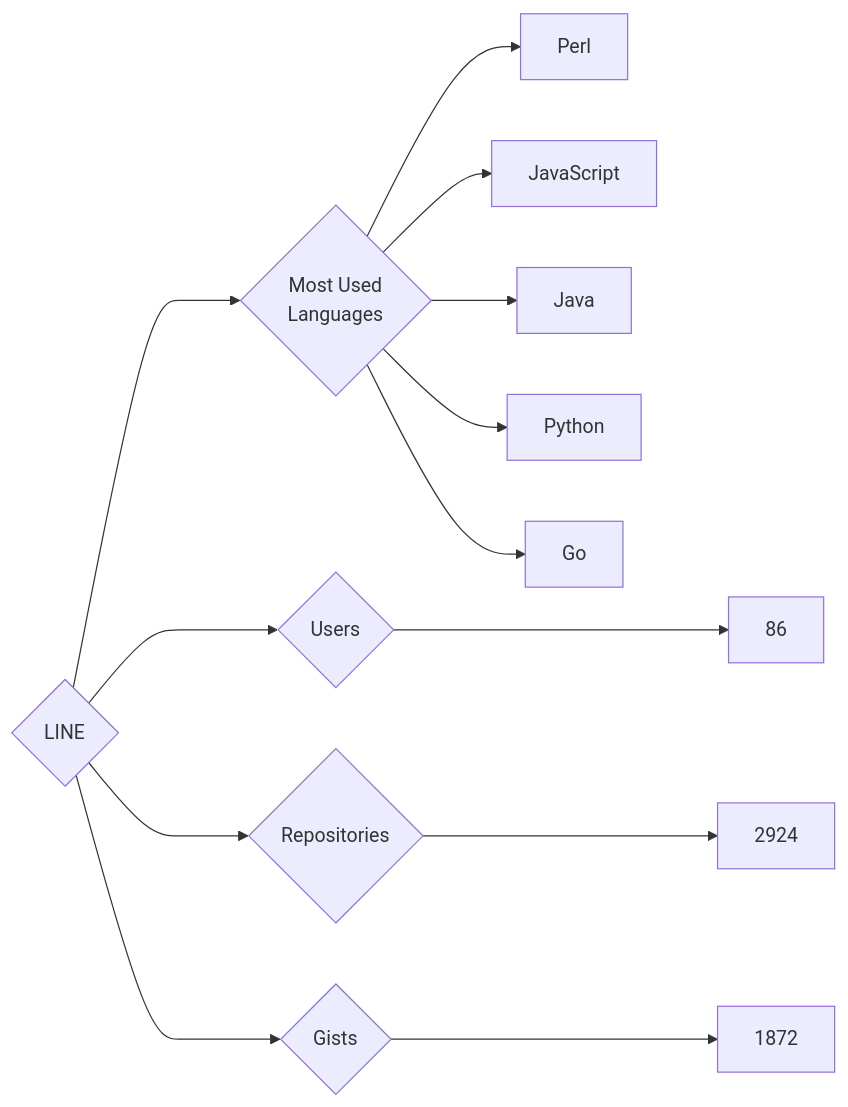
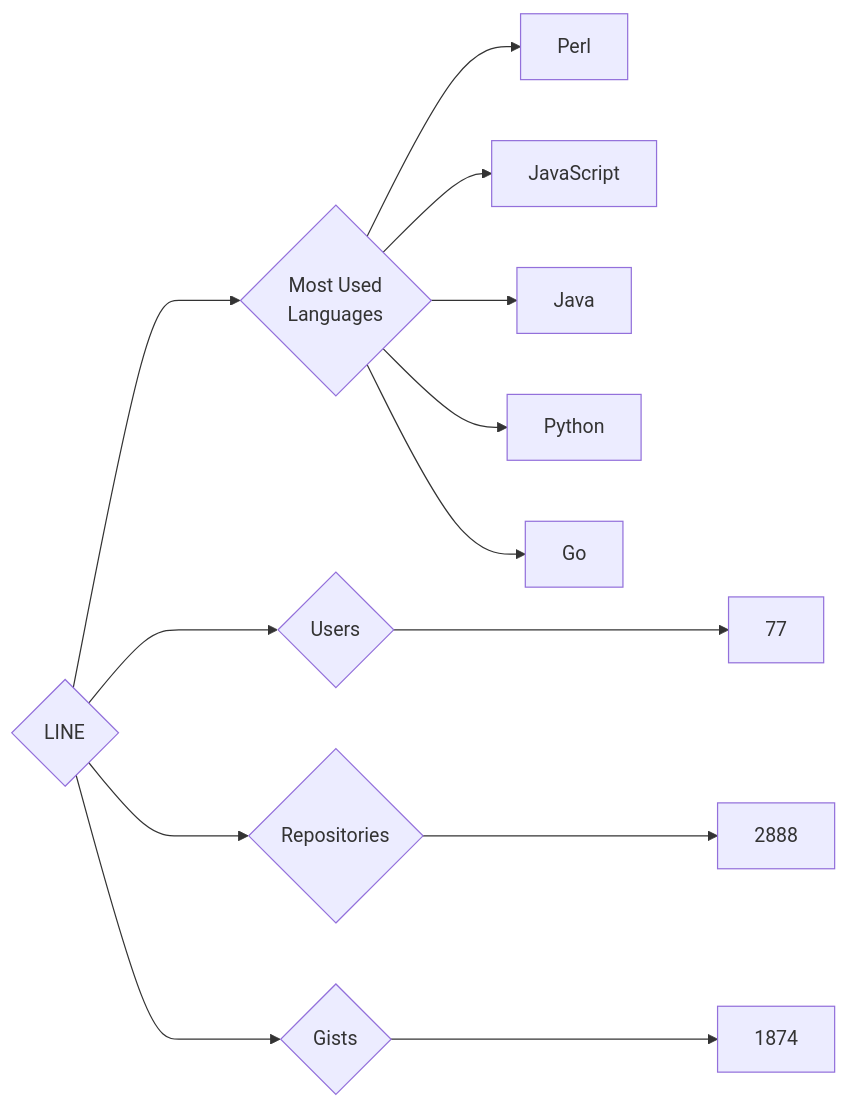
The diagram in targets/LINE/README.md (trickest/insiders), drawn with Mermaid before and after one commit. The commit also changed 895 other files, not shown here.

````diff
--- a/targets/LINE/README.md
+++ b/targets/LINE/README.md
@@ -3,13 +3,13 @@
 ```mermaid
 graph LR
 COMPANY_NAME{LINE}
-COMPANY_NAME ---> U{Users} ---> UN[86]
-COMPANY_NAME ---> R{Repositories} ---> RN[2924]
-COMPANY_NAME ---> G{Gists} ---> GN[1872]
+COMPANY_NAME ---> U{Users} ---> UN[77]
+COMPANY_NAME ---> R{Repositories} ---> RN[2888]
+COMPANY_NAME ---> G{Gists} ---> GN[1874]
 COMPANY_NAME ---> ML{Most Used<br>Languages}
 ML --> Perl[Perl]
 ML --> JavaScript[JavaScript]
 ML --> Java[Java]
 ML --> Python[Python]
 ML --> Go[Go]
 ```
````
